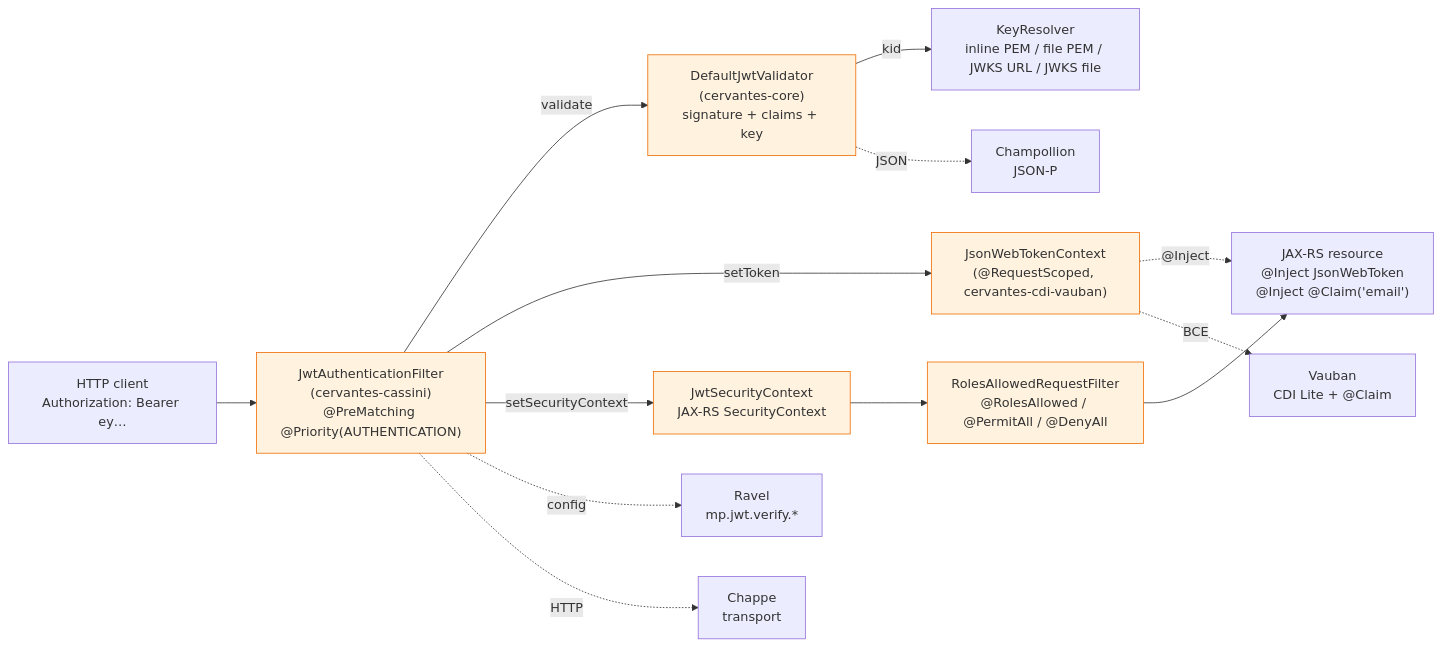
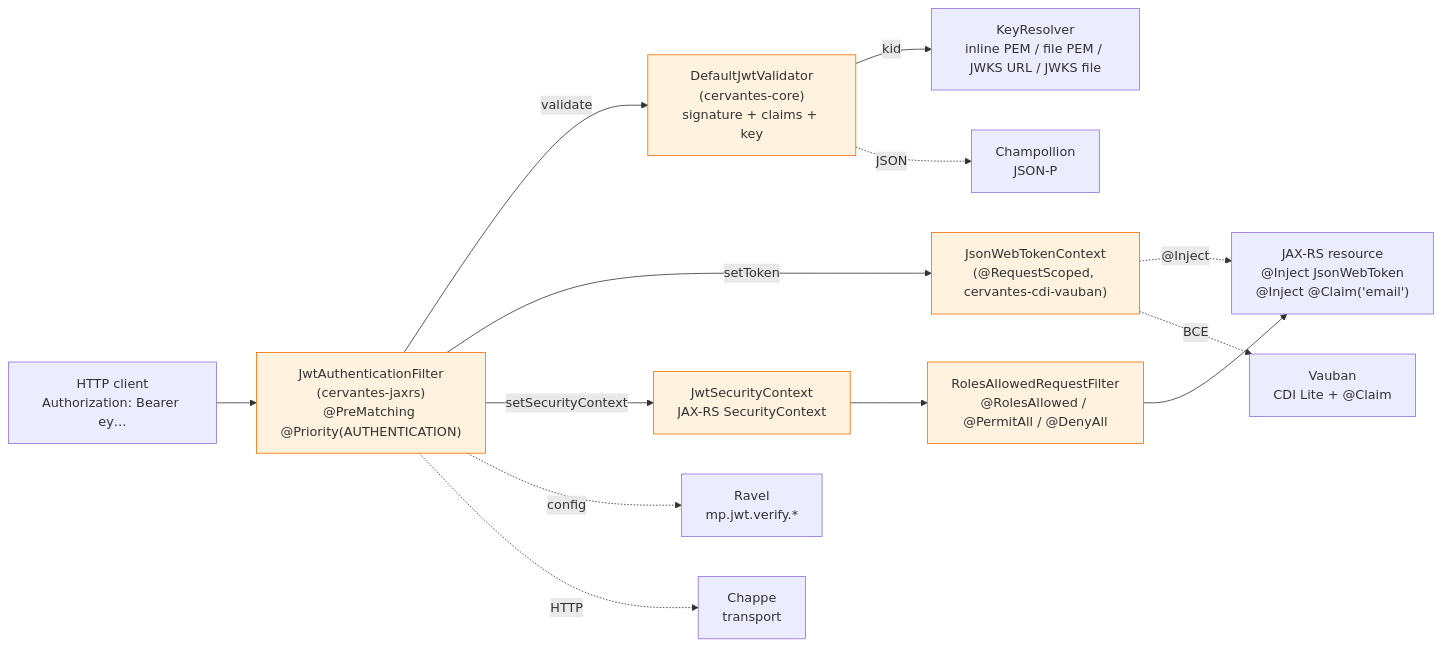
The diagram in docs/en/modules/ROOT/pages/index.adoc (vidocq-stack/cervantes), drawn with Mermaid before and after one commit. The commit also changed other lines of this file and 31 other files, not shown here.

First line of the commit message:
refactor(cervantes)!: rename cervantes-cassini -> cervantes-jaxrs (impl-agnostic JAX-RS) + ship vauban index; fix JwtAuthenticationFilter NPE when validator unconfigured

```diff
--- a/docs/en/modules/ROOT/pages/index.adoc
+++ b/docs/en/modules/ROOT/pages/index.adoc
@@ -69,29 +69,29 @@
 [mermaid]
 ....
 flowchart LR
   Client["HTTP client<br/>Authorization: Bearer ey…"]
-  Filter["JwtAuthenticationFilter<br/>(cervantes-cassini)<br/>@PreMatching @Priority(AUTHENTICATION)"]
+  Filter["JwtAuthenticationFilter<br/>(cervantes-jaxrs)<br/>@PreMatching @Priority(AUTHENTICATION)"]
   Validator["DefaultJwtValidator<br/>(cervantes-core)<br/>signature + claims + key"]
   Keys["KeyResolver<br/>inline PEM / file PEM / JWKS URL / JWKS file"]
   Holder["JsonWebTokenContext<br/>(@RequestScoped, cervantes-cdi-vauban)"]
   SecCtx["JwtSecurityContext<br/>JAX-RS SecurityContext"]
   Roles["RolesAllowedRequestFilter<br/>@RolesAllowed / @PermitAll / @DenyAll"]
   Resource["JAX-RS resource<br/>@Inject JsonWebToken<br/>@Inject @Claim('email')"]
 
   Client --> Filter
   Filter -->|validate| Validator
   Validator -->|kid| Keys
   Filter -->|setToken| Holder
   Filter -->|setSecurityContext| SecCtx
   SecCtx --> Roles
   Roles --> Resource
   Holder -.@Inject.-> Resource
 
   classDef rt fill:#fff3e0,stroke:#ef6c00
   class Filter,Validator,Holder,SecCtx,Roles rt
 
   Filter -.config.-> Ravel["Ravel<br/>mp.jwt.verify.*"]
   Holder -.BCE.-> Vauban["Vauban<br/>CDI Lite + @Claim"]
   Validator -.JSON.-> Champollion["Champollion<br/>JSON-P"]
   Filter -.HTTP.-> Chappe["Chappe<br/>transport"]
 ....
```
